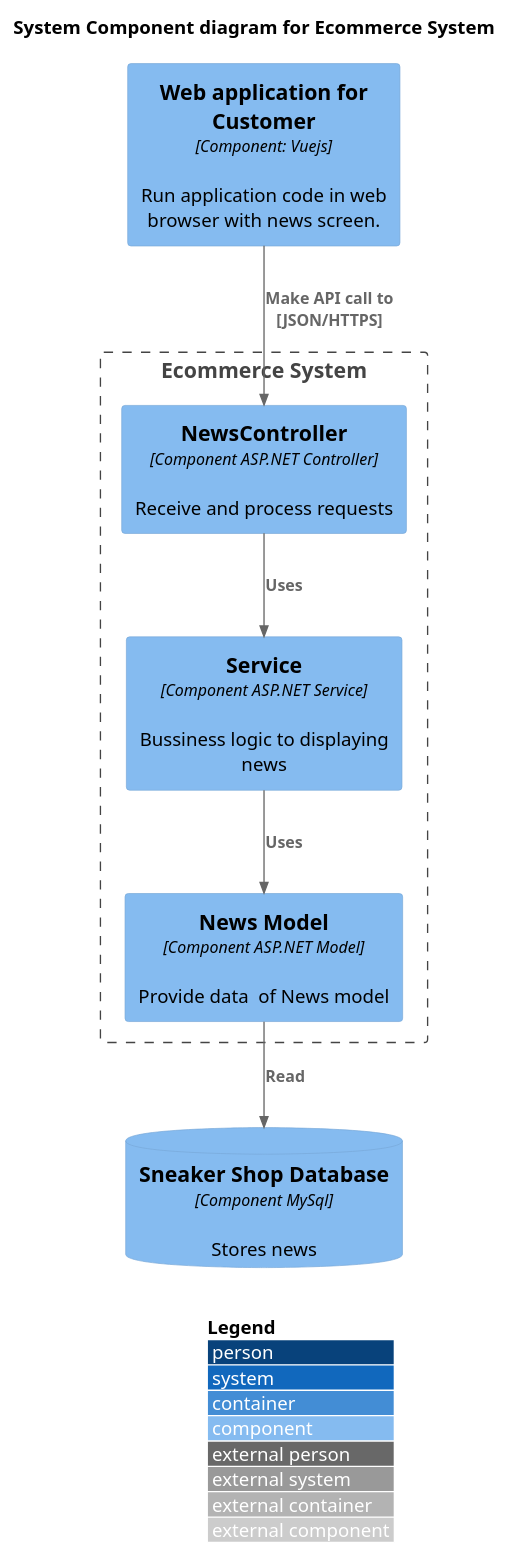
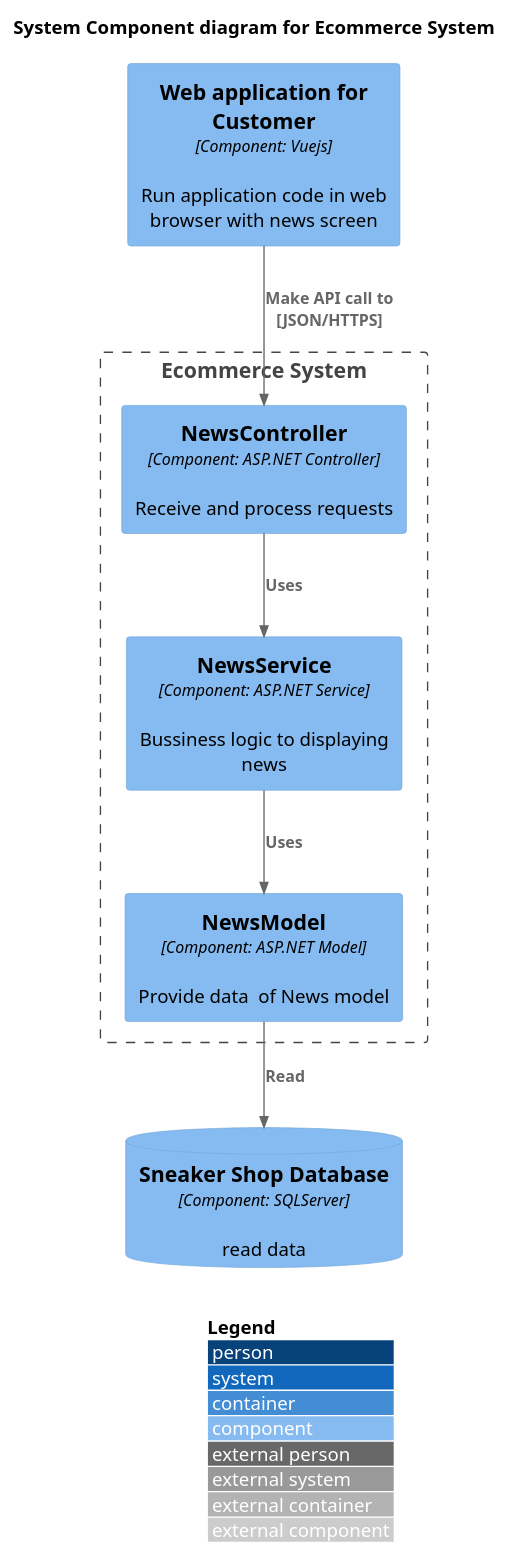
Before and after one commit to cuongchu264/PTTKHuongDoiTuong: the diagram in C4 model/Component/NewsComponent.puml, drawn with PlantUML. The commit also changed 24 other files, not shown here.

Commit message:
Recheck component code

```diff
--- a/C4 model/Component/NewsComponent.puml
+++ b/C4 model/Component/NewsComponent.puml
@@ -1,23 +1,23 @@
 @startuml
 !include https://raw.githubusercontent.com/plantuml-stdlib/C4-PlantUML/master/C4_Component.puml
 ' uncomment the following line and comment the first to use locally
 ' !include C4_Component.puml
 
 LAYOUT_WITH_LEGEND()
 
 title System Component diagram for Ecommerce System
 
-Component(web_app, "Web application for Customer","Component: Vuejs", "Run application code in web browser with news screen.")
-ComponentDb(db, "Sneaker Shop Database","Component MySql", "Stores news")
+Component(web_app, "Web application for Customer","Component: Vuejs", "Run application code in web browser with news screen")
+ComponentDb(db, "Sneaker Shop Database","Component: SQLServer", "read data")
 
 Boundary(System, "Ecommerce System") {
-    Component(Controller, "NewsController", "Component ASP.NET Controller", "Receive and process requests ")
-    Component(Service, "Service","Component ASP.NET Service", "Bussiness logic to displaying news ")
-    Component(model, "News Model", "Component ASP.NET Model", "Provide data  of News model ")
+    Component(Controller, "NewsController", "Component: ASP.NET Controller", "Receive and process requests ")
+    Component(Service, "NewsService","Component: ASP.NET Service", "Bussiness logic to displaying news ")
+    Component(model, "NewsModel", "Component: ASP.NET Model", "Provide data  of News model ")
 
     Rel(Controller, Service, "Uses")
     Rel(Service, model, "Uses")
     Rel(model, db, "Read")
     Rel(web_app,Controller, "Make API call to [JSON/HTTPS]")
 }
 @enduml
```
